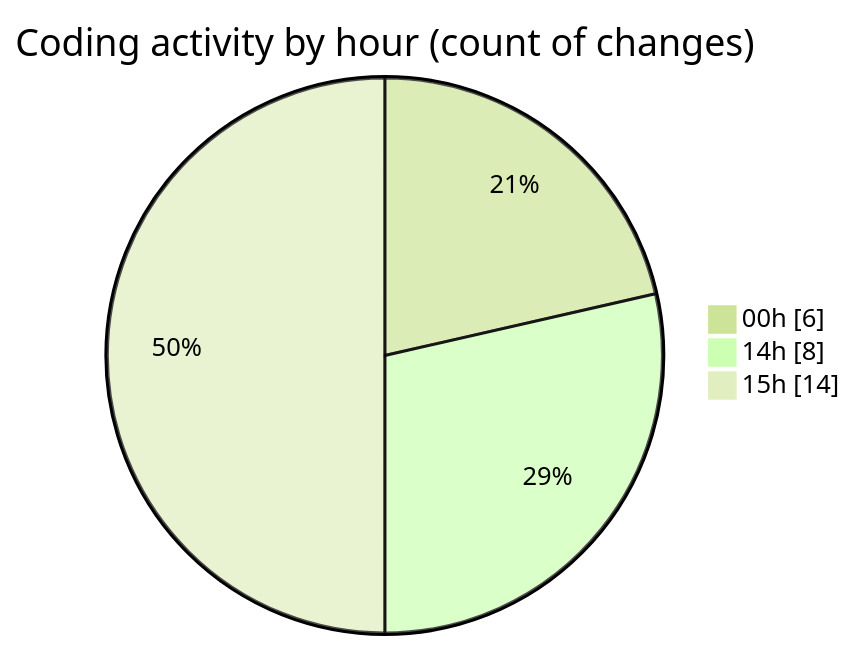
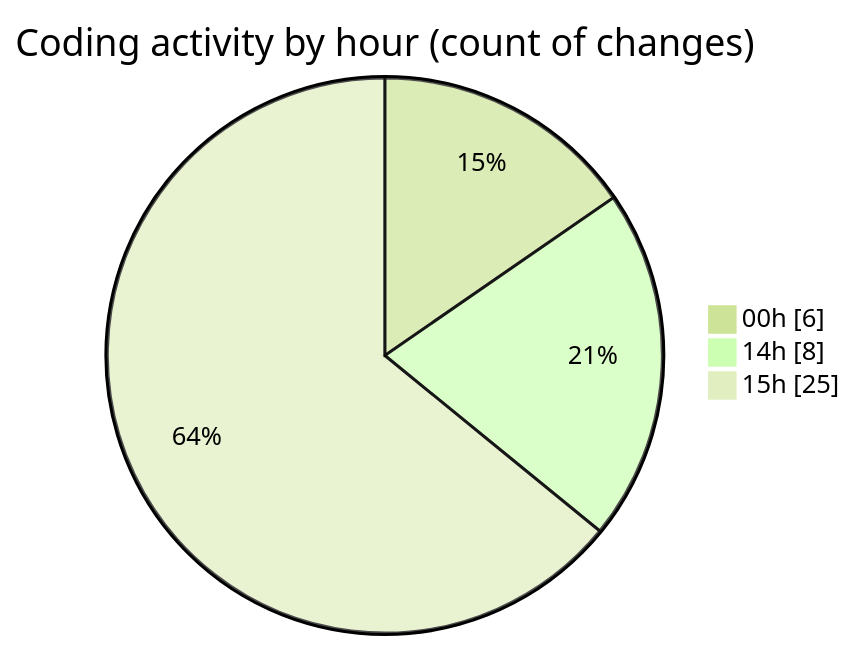
The second of 2 diagrams in 2025-03-15/myws__workspace_/README.md (MatusMokan/code-tracking), drawn with Mermaid (forest theme) before and after one commit. The commit also changed other lines of this file and 1 other file, not shown here.

````diff
--- a/2025-03-15/myws__workspace_/README.md
+++ b/2025-03-15/myws__workspace_/README.md
@@ -30,7 +30,7 @@
 ```mermaid
 pie showData
 title Coding activity by hour (count of changes)
 "00h" : 6
 "14h" : 8
-"15h" : 14
+"15h" : 25
 ```
````
